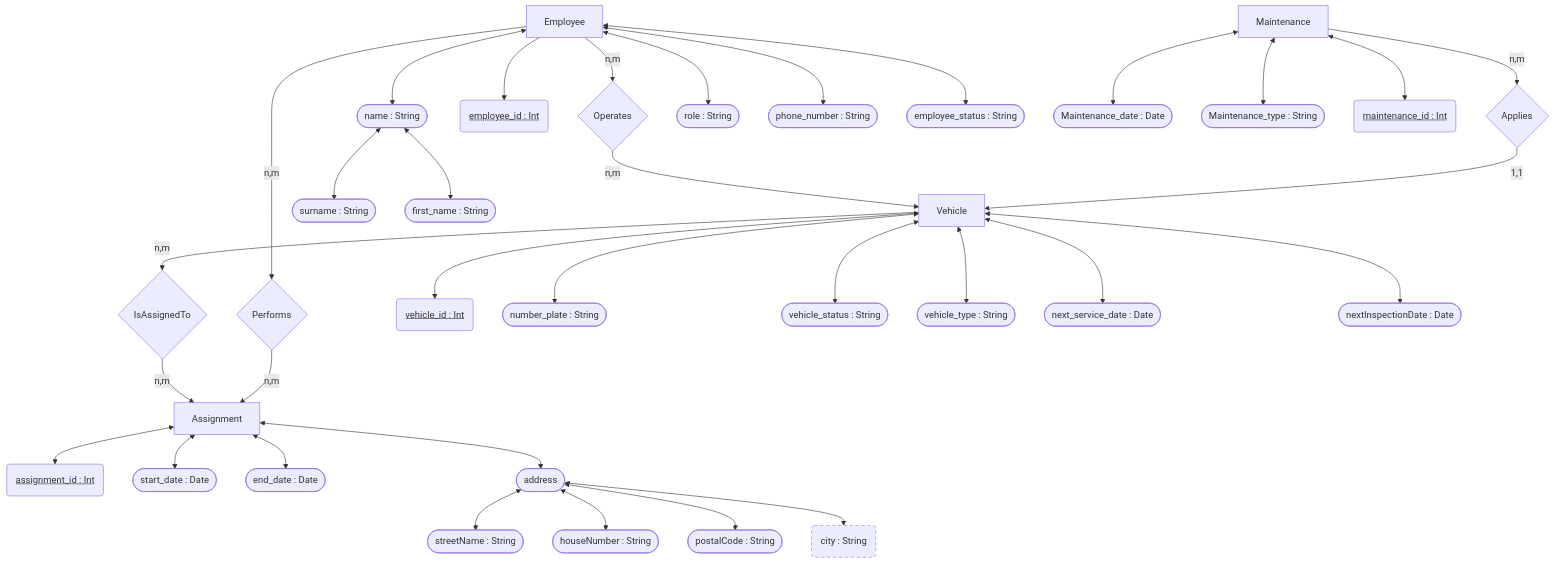
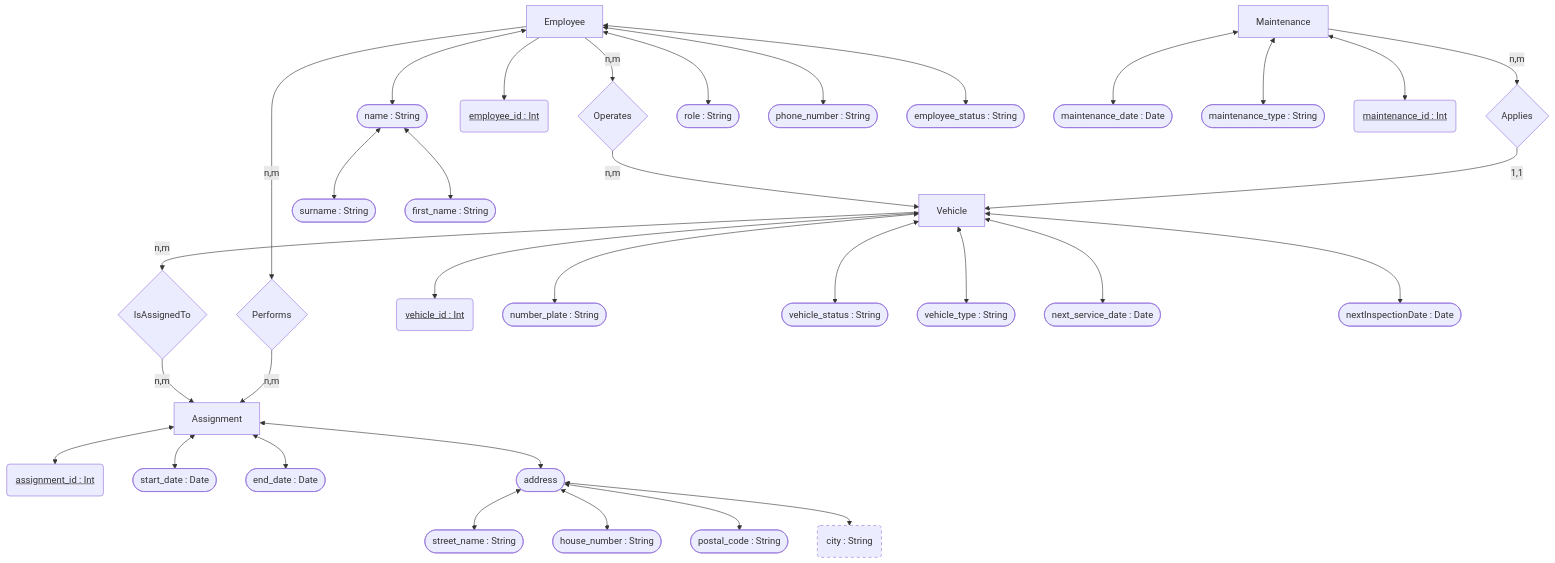
Before and after one commit to MatiasHeiberg/sibdat25_DatabaseProject: the first of 2 diagrams in docs/Conceptual Model.md, drawn with Mermaid. The commit also changed other lines of this file and 1 other file, not shown here.

````diff
--- a/docs/Conceptual Model.md
+++ b/docs/Conceptual Model.md
@@ -4,47 +3,47 @@
 ```mermaid  
 flowchart TB
 
 Maintenance[Maintenance] --> |n,m|Applies{Applies} 
 Applies{Applies} --> |1,1|Vehicle[Vehicle]
 
 Employee[Employee] --> |n,m|Performs{Performs} 
 Performs{Performs} --> |n,m|Assignment[Assignment]
 
 Vehicle[Vehicle] --> |n,m|IsAssignedTo{IsAssignedTo}
 IsAssignedTo{IsAssignedTo} --> |n,m|Assignment[Assignment]
 
 Employee[Employee] --> |n,m|Operates{Operates} 
 Operates{Operates} --> |n,m|Vehicle[Vehicle]
 
 Vehicle[Vehicle] <--> vehicle_id("<u>vehicle_id : Int</u>")
 Vehicle[Vehicle] <--> number_plate([number_plate : String])
 
 Vehicle[Vehicle] <--> vehicle_status([vehicle_status : String])
 Vehicle[Vehicle] <--> vehicle_type([vehicle_type : String])
 Vehicle[Vehicle] <--> next_service_date([next_service_date : Date])
 Vehicle[Vehicle] <--> nextInspectionDate([nextInspectionDate : Date])
 
 Employee[Employee] --> employee_id("<u>employee_id : Int</u>")
 Employee[Employee] <--> name([name : String])
 name([name : String]) <--> surname([surname : String])
 name([name : String]) <--> first_name([first_name : String])
 Employee[Employee] <--> role([role : String])
 Employee[Employee] <--> phone_number([phone_number : String]) 
 Employee[Employee] <--> employee_status([employee_status : String]) 
 
 Assignment[Assignment] <--> assignment_id("<u>assignment_id : Int</u>") 
 Assignment[Assignment] <--> start_date([start_date : Date])
 Assignment[Assignment] <--> end_date([end_date : Date])
 
 Assignment[Assignment] <--> address([address : String])
-address([address]) <--> streetName([streetName : String])
-address([address]) <--> houseNumber([houseNumber : String])
-address([address]) <--> postalCode([postalCode : String])
+address([address]) <--> street_name([street_name : String])
+address([address]) <--> house_number([house_number : String])
+address([address]) <--> postal_code([postal_code : String])
 address([address]) <--> city(city : String)
 style city stroke-dasharray: 5 5
 
-Maintenance[Maintenance] <--> maintenance_date([Maintenance_date : Date])
-Maintenance[Maintenance] <--> maintenance_type([Maintenance_type : String])
+Maintenance[Maintenance] <--> maintenance_date([maintenance_date : Date])
+Maintenance[Maintenance] <--> maintenance_type([maintenance_type : String])
 Maintenance[Maintenance] <--> maintenance_id("<u>maintenance_id : Int</u>")
 
 ```
````
